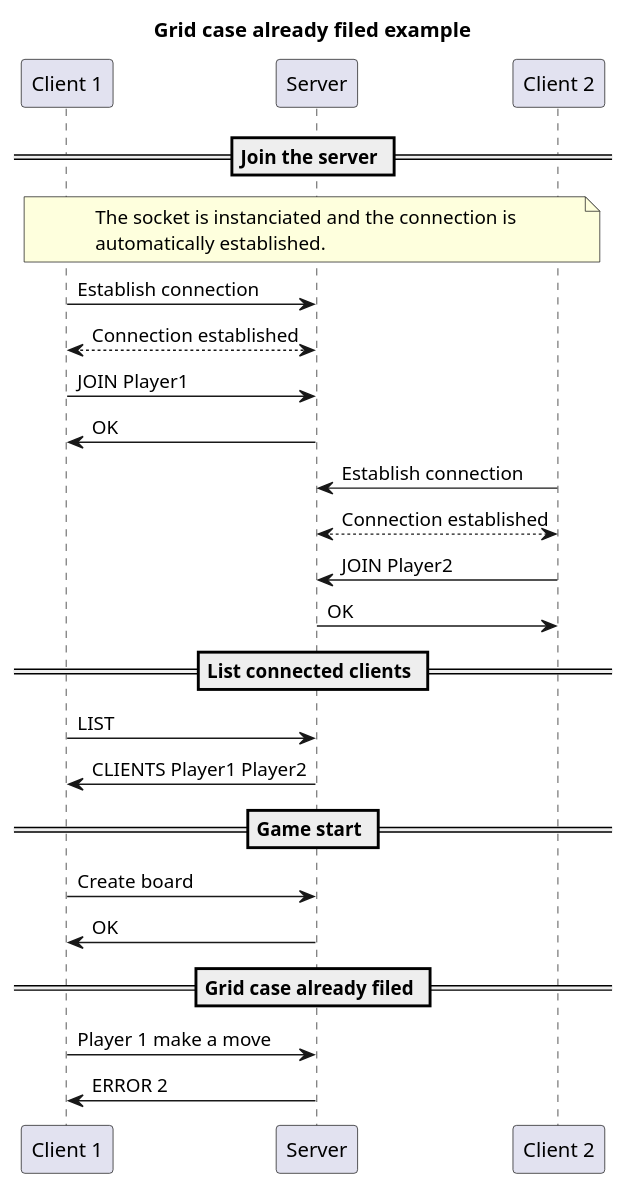
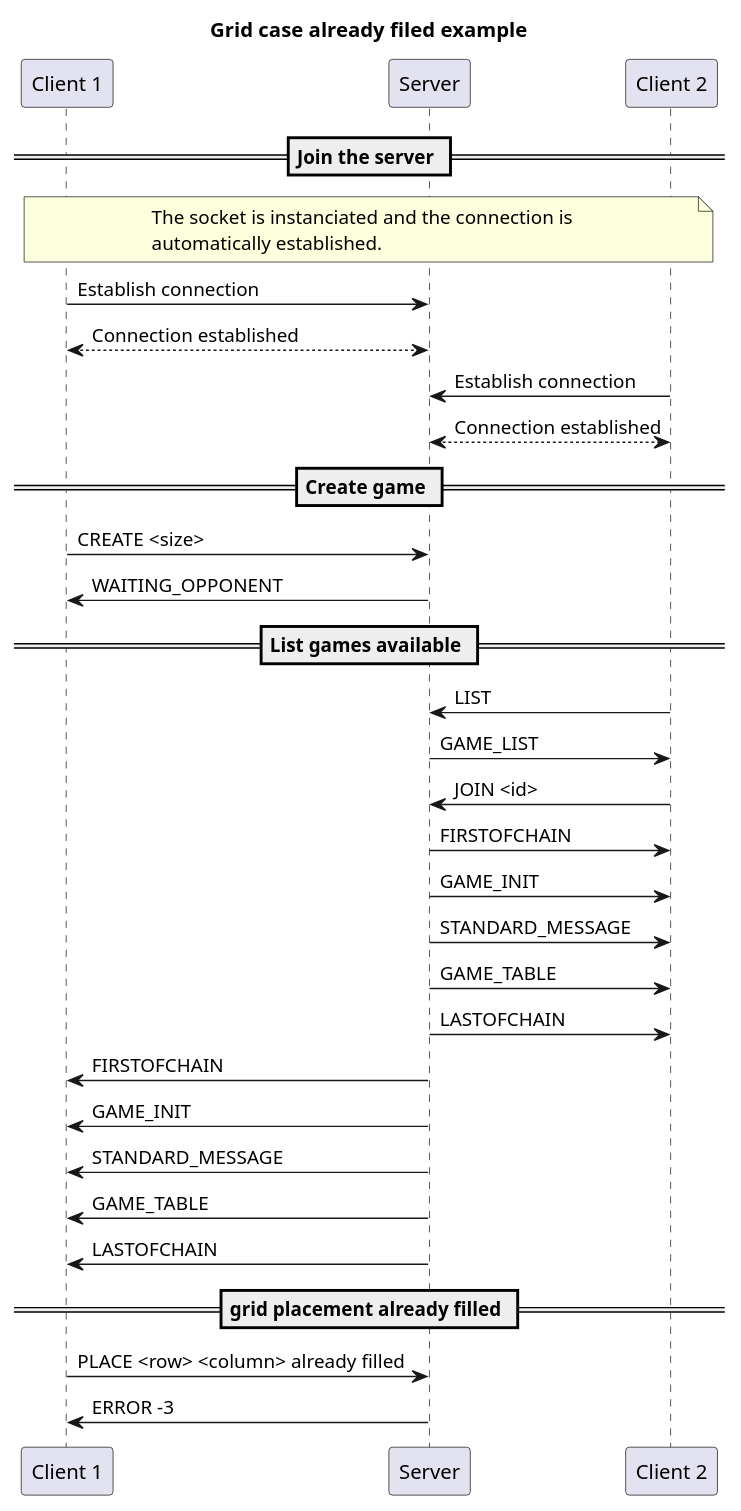
One commit to AlexB-HEIG/DAI-Practical-work-2 changed the diagram in doc/diagrams/case_filed_error_example.puml. Above: the diagram before and after it, drawn with PlantUML. The commit also changed 30 other files, not shown here.

Commit message:
rewrite message section and recreation of diagrams

```diff
--- a/doc/diagrams/case_filed_error_example.puml
+++ b/doc/diagrams/case_filed_error_example.puml
@@ -1,43 +1,53 @@
 @startuml
 
 title "Grid case already filed example"
 
 participant "Client 1" as c1
 participant "Server" as s
 participant "Client 2" as c2
 
 == Join the server ==
 
 note over c1, c2
 The socket is instanciated and the connection is
 automatically established.
 end note
 
 c1->s : Establish connection
 c1<-->s : Connection established
 
-c1->s: JOIN Player1
-s->c1: OK
-
 c2->s : Establish connection
 c2<-->s : Connection established
 
-c2->s: JOIN Player2
-s->c2: OK
 
-== List connected clients ==
+== Create game ==
 
-c1->s: LIST
-s->c1: CLIENTS Player1 Player2
+c1->s: CREATE <size>
+s->c1: WAITING_OPPONENT
 
-== Game start ==
+== List games available ==
 
-c1->s : Create board
-s->c1: OK
+c2->s: LIST
+s->c2: GAME_LIST
 
-== Grid case already filed ==
-c1->s: Player 1 make a move
-s->c1: ERROR 2
+c2->s: JOIN <id>
+
+s->c2: FIRSTOFCHAIN
+s->c2: GAME_INIT
+s->c2: STANDARD_MESSAGE
+s->c2: GAME_TABLE
+s->c2: LASTOFCHAIN
+
+s->c1: FIRSTOFCHAIN
+s->c1: GAME_INIT
+s->c1: STANDARD_MESSAGE
+s->c1: GAME_TABLE
+s->c1: LASTOFCHAIN
+
+== grid placement already filled ==
+c1->s: PLACE <row> <column> already filled
+s->c1: ERROR -3
+
 
 
 @enduml
```
